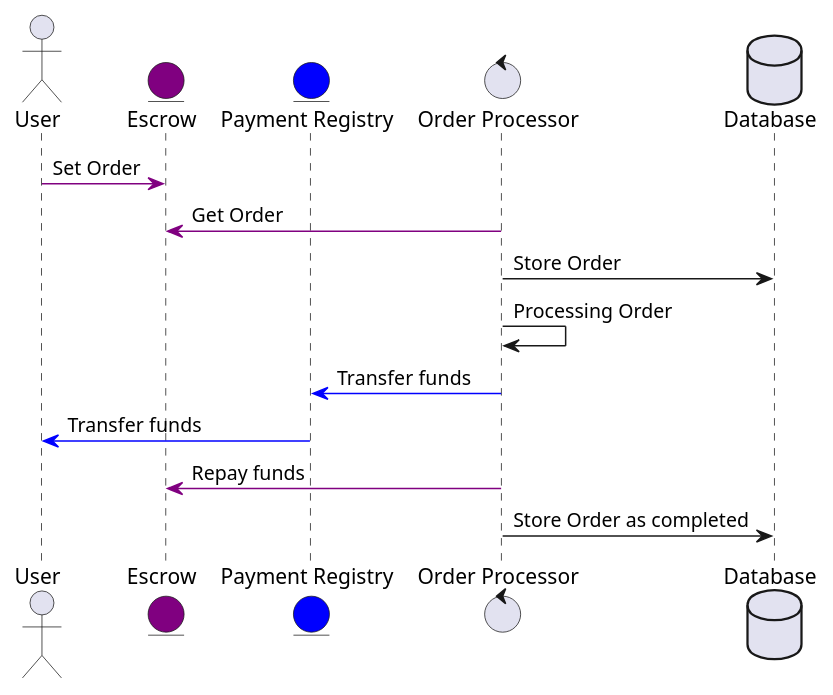
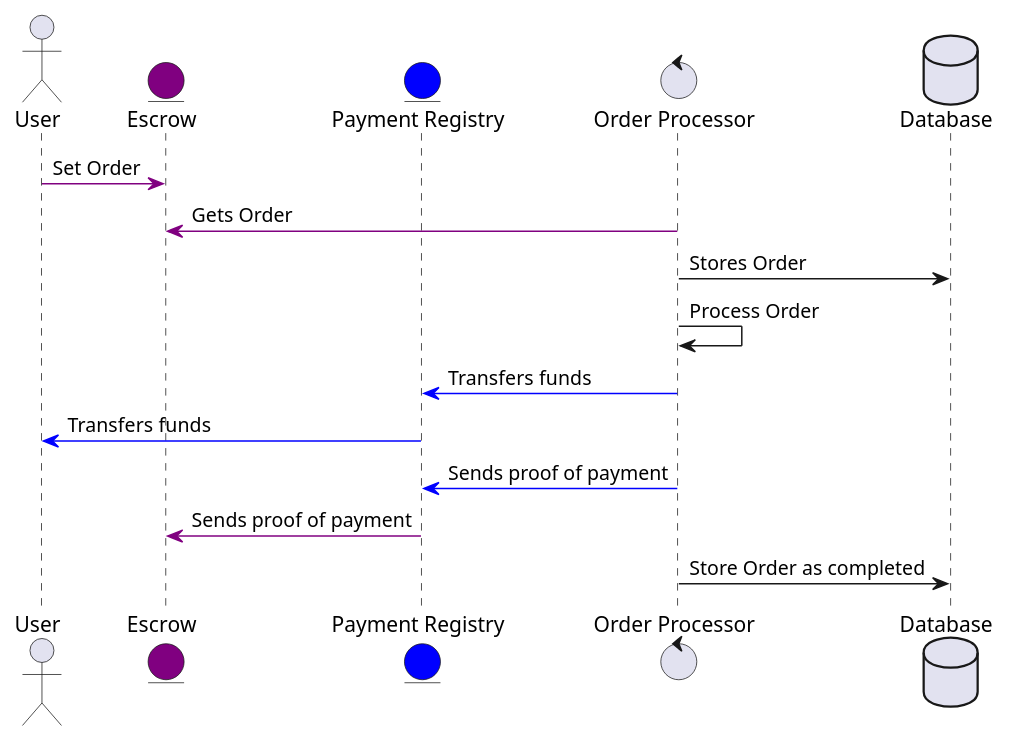
One commit to yetanotherco/yet-another-bridge changed the diagram in mm-bot/docs/diagrams/order_processing.puml. Above: the diagram before and after it, drawn with PlantUML. The commit also changed 3 other files, not shown here.

Commit message:
docs(mm-bot): README improvements and grammar check docs(mm-bot): improve diagrams

```diff
--- a/mm-bot/docs/diagrams/order_processing.puml
+++ b/mm-bot/docs/diagrams/order_processing.puml
@@ -1,18 +1,19 @@
 @startuml
 actor User as U
 entity Escrow as E #purple
 entity "Payment Registry" as PR #blue
 control "Order Processor" as OP
 database Database
 
 U -[#purple]> E : Set Order
-OP -[#purple]> E : Get Order
-OP -> Database : Store Order
-OP -> OP : Processing Order
-OP -[#blue]> PR : Transfer funds
-PR -[#blue]> U: Transfer funds
-OP -[#purple]> E : Repay funds
+OP -[#purple]> E : Gets Order
+OP -> Database : Stores Order
+OP -> OP : Process Order
+OP -[#blue]> PR : Transfers funds
+PR -[#blue]> U: Transfers funds
+OP -[#blue]> PR : Sends proof of payment
+PR -[#purple]> E : Sends proof of payment
 OP -> Database : Store Order as completed
 
 
 @enduml
```
